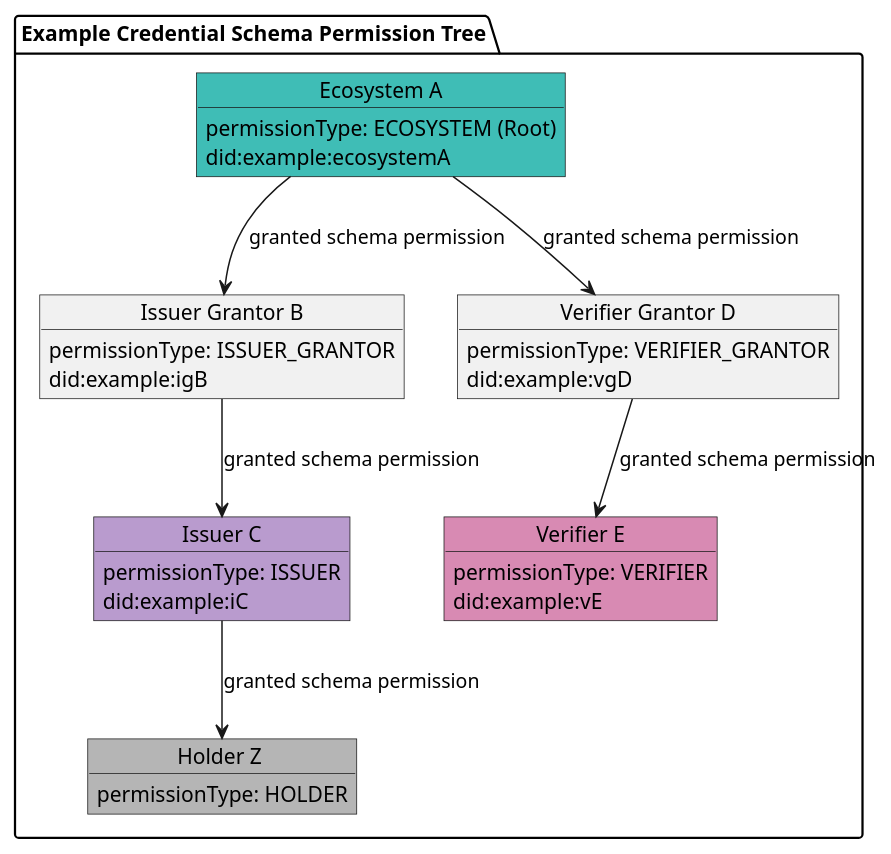
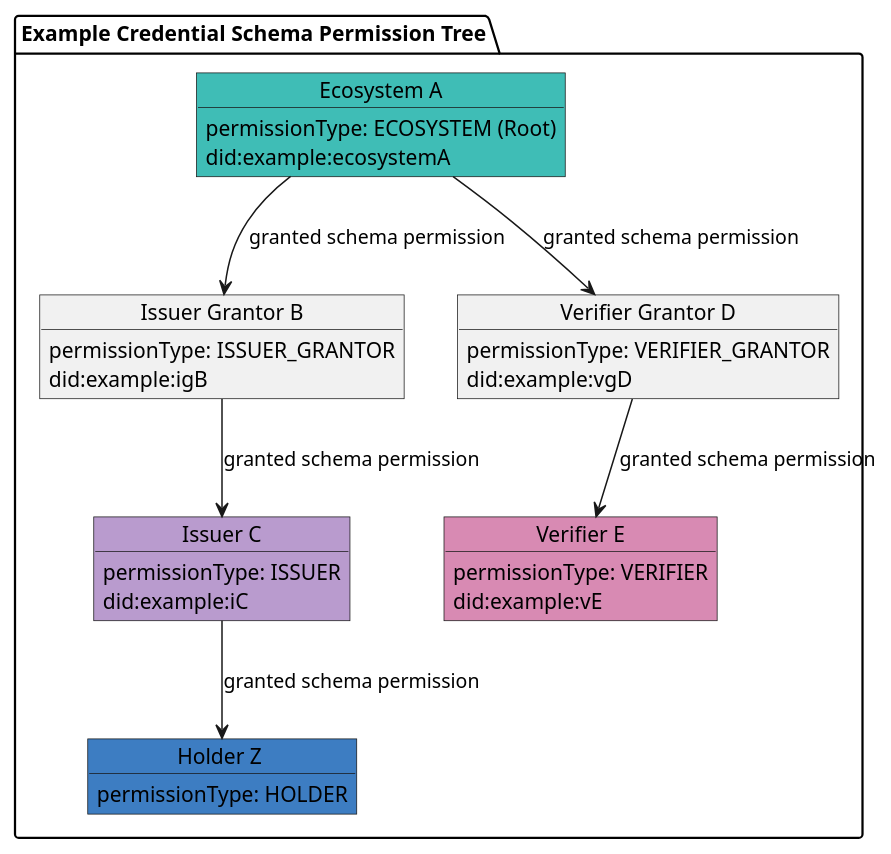
The first of 5 diagrams in docs/learn/verifiable-public-registry/60-onboarding-participants.md (verana-labs/verana-docs), drawn with PlantUML before and after one commit. The commit also changed 1 other file, not shown here.

````diff
--- a/docs/learn/verifiable-public-registry/60-onboarding-participants.md
+++ b/docs/learn/verifiable-public-registry/60-onboarding-participants.md
@@ -24,46 +24,46 @@
 ```plantuml
 
 @startuml
 scale max 800 width
  
 package "Example Credential Schema Permission Tree" as cs {
 
     object "Ecosystem A" as tr #3fbdb6 {
         permissionType: ECOSYSTEM (Root)
         did:example:ecosystemA
     }
     object "Issuer Grantor B" as ig {
         permissionType: ISSUER_GRANTOR
         did:example:igB
     }
     object "Issuer C" as issuer #b99bce  {
         permissionType: ISSUER
         did:example:iC
     }
     object "Verifier Grantor D" as vg {
         permissionType: VERIFIER_GRANTOR
         did:example:vgD
     }
     object "Verifier E" as verifier #D88AB3 {
         permissionType: VERIFIER
         did:example:vE
     }
 
-    object "Holder Z " as holder #b5b5b5 {
+    object "Holder Z " as holder #3D7DC2 {
         permissionType: HOLDER
     }
 }
 
 
 
 tr --> ig : granted schema permission
 ig --> issuer : granted schema permission
 
 tr --> vg : granted schema permission
 vg --> verifier : granted schema permission
 
 issuer --> holder: granted schema permission
 
 @enduml
 
 ```
````
